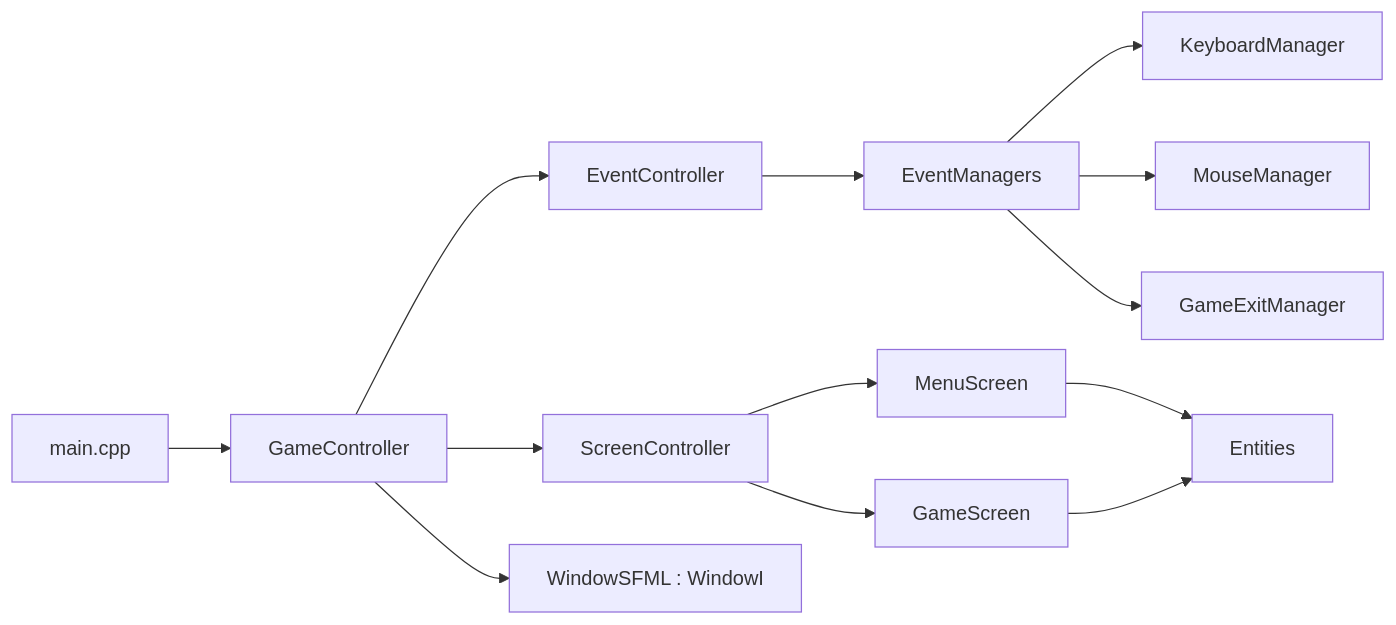
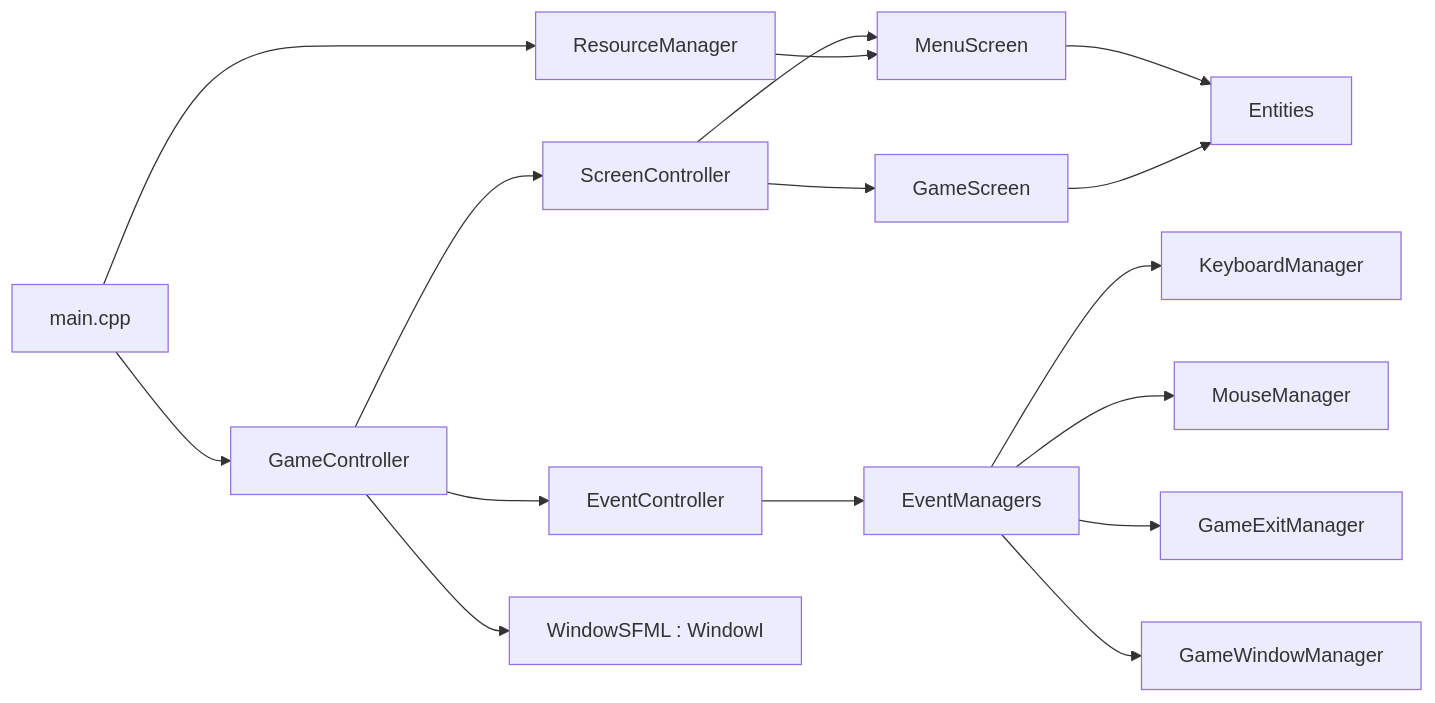
One commit to kblaszki/business-game changed the diagram in docs/reference/architecture.md. Above: the diagram before and after it, drawn with Mermaid. The commit also changed other lines of this file and 21 other files, not shown here.

````diff
--- a/docs/reference/architecture.md
+++ b/docs/reference/architecture.md
@@ -24,15 +26,18 @@
 ```mermaid
 flowchart LR
-  Main[main.cpp] --> GC[GameController]
+  Main[main.cpp] --> RM[ResourceManager]
+  Main --> GC[GameController]
   GC --> EC[EventController]
   GC --> SC[ScreenController]
   GC --> Win[WindowSFML : WindowI]
   EC --> EM[EventManagers]
   EM --> KB[KeyboardManager]
   EM --> MO[MouseManager]
   EM --> GE[GameExitManager]
+  EM --> GW[GameWindowManager]
   SC --> Menu[MenuScreen]
   SC --> Game[GameScreen]
   Menu --> Ent[Entities]
   Game --> Ent
+  RM --> Menu
 ```
````
